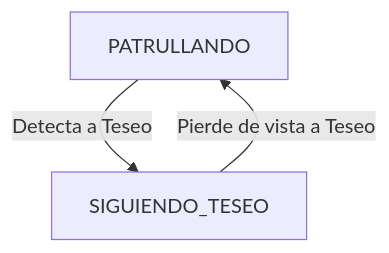
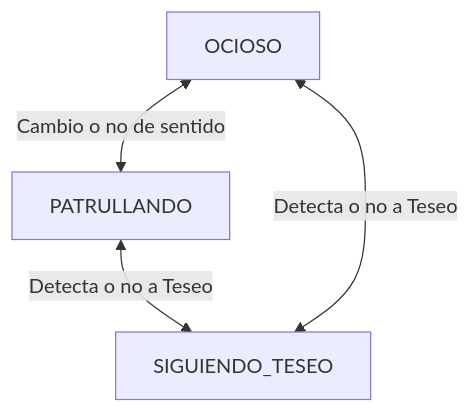
One commit to IAV26-G09/IAV26-G09-P2 changed the second of 9 diagrams in README.md. Above: the diagram before and after it, drawn with Mermaid. The commit also changed other lines of this file, not shown here.

````diff
--- a/README.md
+++ b/README.md
@@ -134,5 +134,6 @@
 ```mermaid
 graph TD;
-  PATRULLANDO-- Detecta a Teseo -->SIGUIENDO_TESEO
-  SIGUIENDO_TESEO-- Pierde de vista a Teseo -->PATRULLANDO;
+  OCIOSO<-- Cambio o no de sentido -->PATRULLANDO;
+  PATRULLANDO<-- Detecta o no a Teseo -->SIGUIENDO_TESEO
+  OCIOSO<-- Detecta o no a Teseo -->SIGUIENDO_TESEO
 ```
````
